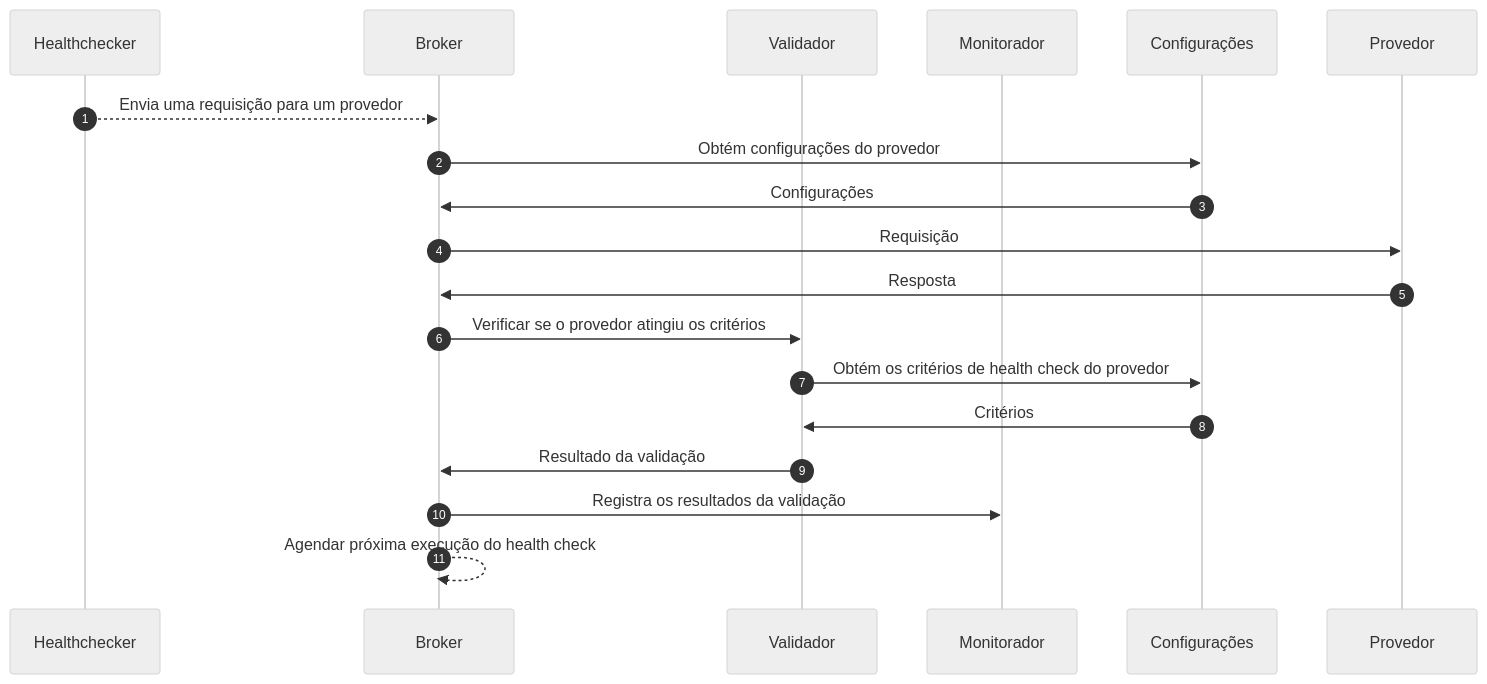
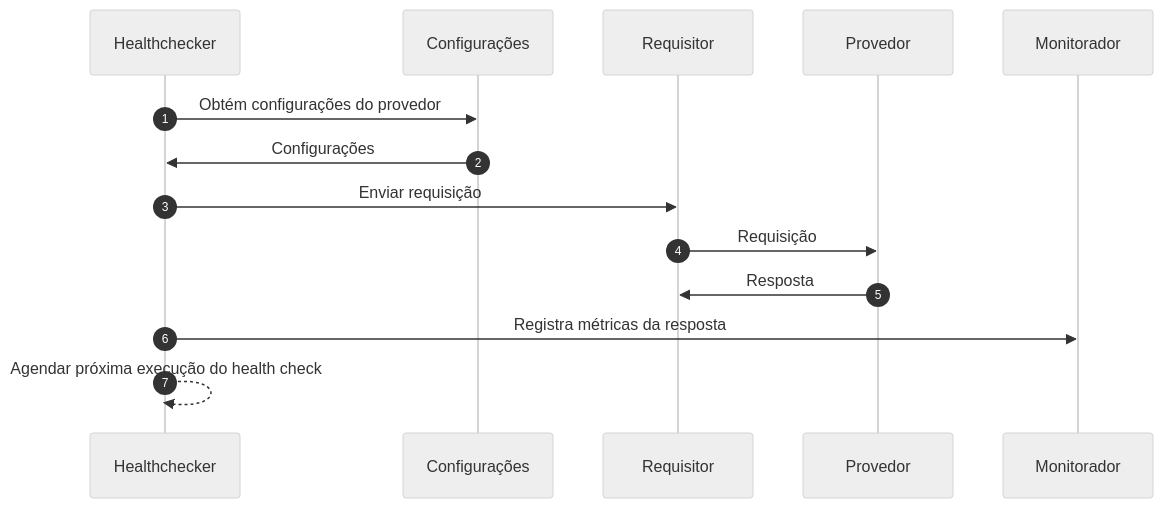
Before and after one commit to pedrofgd/api-rest-broker: the diagram in Docs/tccii/diagramas/seq_healthcheck.mmd, drawn with Mermaid. The commit also changed 3 other files, not shown here.

Commit message:
Atualizar diagramas com a versão apresentada para a professora em 19/04/23

```diff
--- a/Docs/tccii/diagramas/seq_healthcheck.mmd
+++ b/Docs/tccii/diagramas/seq_healthcheck.mmd
@@ -1,22 +1,17 @@
-%%{init: {'theme':'neutral'}}%%
+%%{init: {'theme': 'neutral'}}%%
 
 sequenceDiagram
     participant Healthchecker
-    participant Broker
-    participant Validador
+    participant Configurações
+    participant Requisitor
+    participant Provedor
     participant Monitorador
-    participant Configurações
-    participant Provedor
 
     autonumber
-    Healthchecker-->>Broker: Envia uma requisição para um provedor
-    Broker->>Configurações: Obtém configurações do provedor
-    Configurações->>Broker: Configurações
-    Broker->>Provedor: Requisição
-    Provedor->>Broker: Resposta
-    Broker->>Validador: Verificar se o provedor atingiu os critérios
-    Validador->>Configurações: Obtém os critérios de health check do provedor
-    Configurações->>Validador: Critérios
-    Validador->>Broker: Resultado da validação
-    Broker->>Monitorador: Registra os resultados da validação
-    Broker-->>Broker: Agendar próxima execução do health check
+    Healthchecker->>Configurações: Obtém configurações do provedor
+    Configurações->> Healthchecker: Configurações
+    Healthchecker->>Requisitor: Enviar requisição
+    Requisitor->>Provedor: Requisição
+    Provedor->>Requisitor: Resposta
+    Healthchecker->>Monitorador: Registra métricas da resposta
+    Healthchecker-->>Healthchecker: Agendar próxima execução do health check
```
